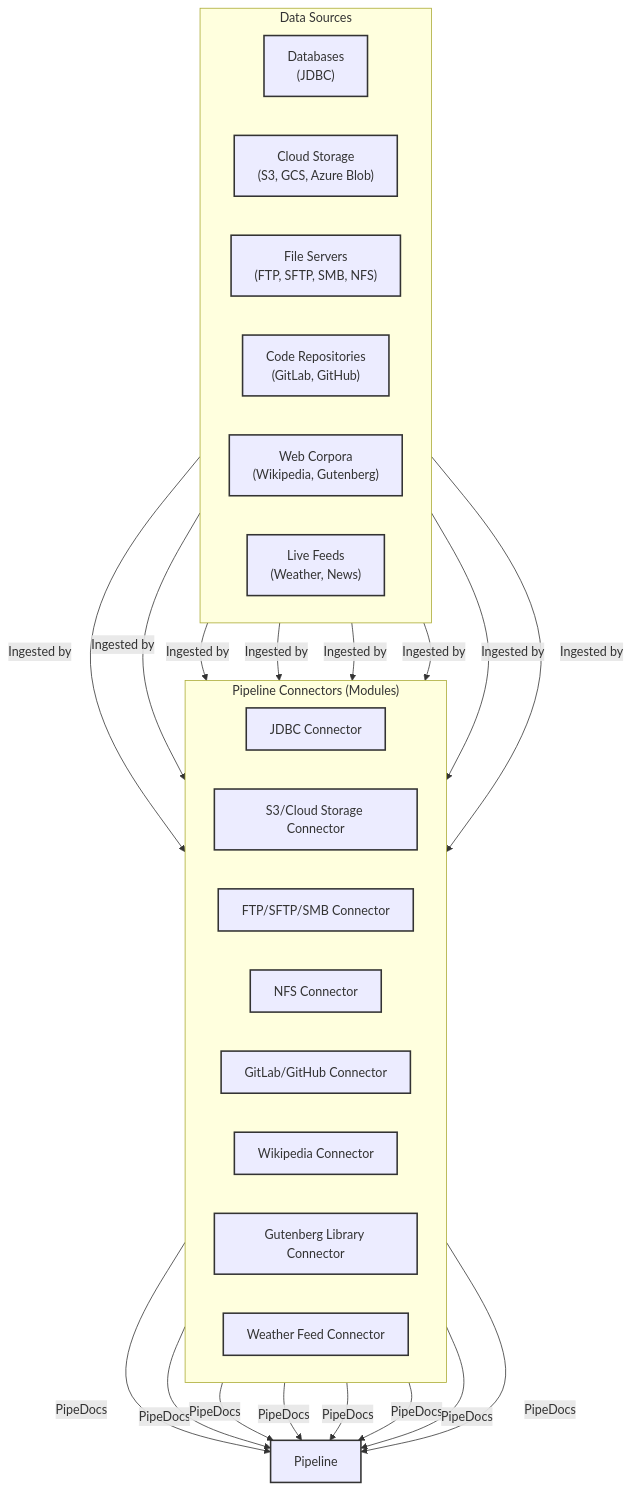
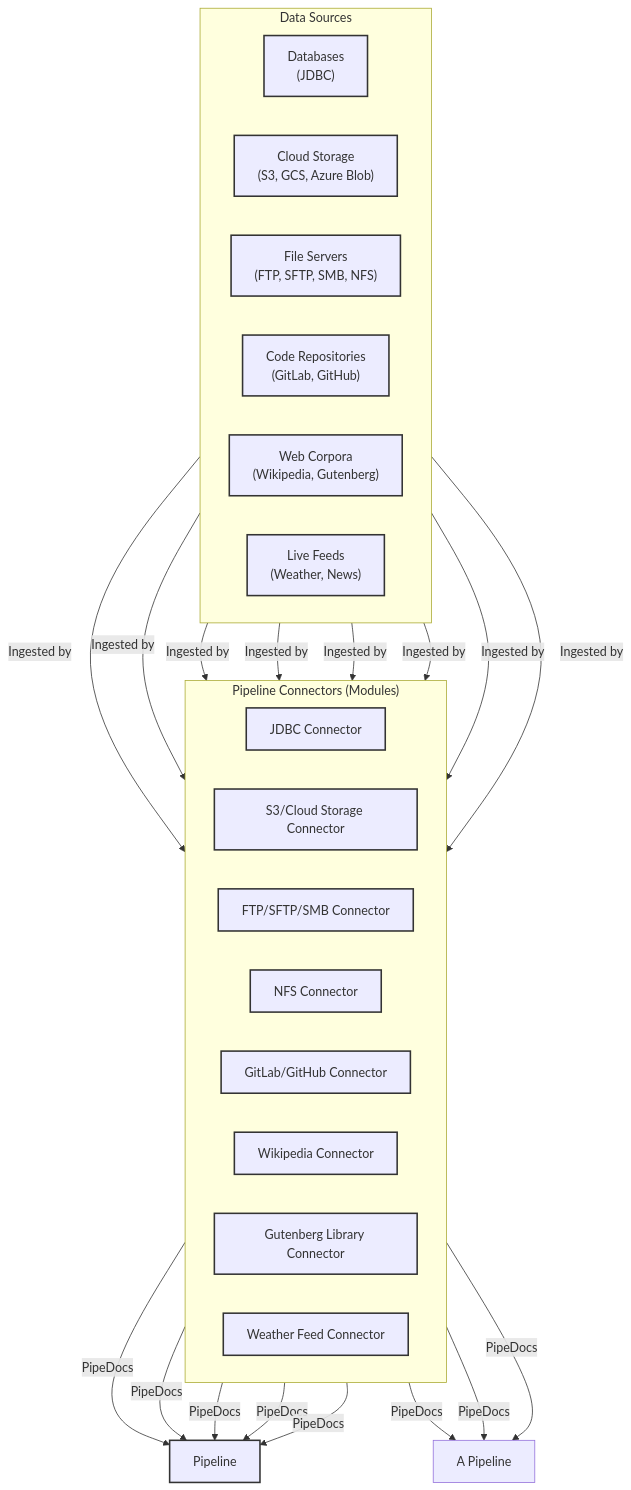
The first of 3 diagrams in ARCHITECTURE/Planned_integrations.md (krickert/rokkon), drawn with Mermaid before and after one commit. The commit also changed other lines of this file and 9 other files, not shown here.

````diff
--- a/ARCHITECTURE/Planned_integrations.md
+++ b/ARCHITECTURE/Planned_integrations.md
@@ -16,50 +16,50 @@
 ```mermaid
 graph TD
     subgraph "Data Sources"
         direction LR
         DBs["Databases <br> (JDBC)"]
         CloudStorage["Cloud Storage <br> (S3, GCS, Azure Blob)"]
         FileServers["File Servers <br> (FTP, SFTP, SMB, NFS)"]
         CodeRepos["Code Repositories <br> (GitLab, GitHub)"]
         WebCorpora["Web Corpora <br> (Wikipedia, Gutenberg)"]
         LiveFeeds["Live Feeds <br> (Weather, News)"]
     end
 
     subgraph "Pipeline Connectors (Modules)"
         direction LR
         JdbcConnector[JDBC Connector]
         S3Connector[S3/Cloud Storage Connector]
         FtpConnector[FTP/SFTP/SMB Connector]
         NfsConnector[NFS Connector]
         GitConnector[GitLab/GitHub Connector]
         WikipediaConnector[Wikipedia Connector]
         GutenbergConnector[Gutenberg Library Connector]
         WeatherFeedConnector[Weather Feed Connector]
     end
 
     DBs -- "Ingested by" --> JdbcConnector
     CloudStorage -- "Ingested by" --> S3Connector
     FileServers -- "Ingested by" --> FtpConnector
     FileServers -- "Ingested by" --> NfsConnector
     CodeRepos -- "Ingested by" --> GitConnector
     WebCorpora -- "Ingested by" --> WikipediaConnector
     WebCorpora -- "Ingested by" --> GutenbergConnector
     LiveFeeds -- "Ingested by" --> WeatherFeedConnector
 
     JdbcConnector -- PipeDocs --> PipelinePipeline[Pipeline]
     S3Connector -- PipeDocs --> PipelinePipeline
     FtpConnector -- PipeDocs --> PipelinePipeline
     NfsConnector -- PipeDocs --> PipelinePipeline
-    GitConnector -- PipeDocs --> PipelinePipeline
+    GitConnector -- PipeDocs --> Pipeline[A Pipeline]
     WikipediaConnector -- PipeDocs --> PipelinePipeline
-    GutenbergConnector -- PipeDocs --> PipelinePipeline
-    WeatherFeedConnector -- PipeDocs --> PipelinePipeline
+    GutenbergConnector -- PipeDocs --> Pipeline[A Pipeline]
+    WeatherFeedConnector -- PipeDocs --> Pipeline[A Pipeline]
 
     classDef source fill:#lightblue,stroke:#333,stroke-width:2px;
     classDef connector fill:#lightgreen,stroke:#333,stroke-width:2px;
     classDef pipeline fill:#lightcoral,stroke:#333,stroke-width:2px;
 
     class DBs,CloudStorage,FileServers,CodeRepos,WebCorpora,LiveFeeds source;
     class JdbcConnector,S3Connector,FtpConnector,NfsConnector,GitConnector,WikipediaConnector,GutenbergConnector,WeatherFeedConnector connector;
     class PipelinePipeline pipeline;
 ```
````
